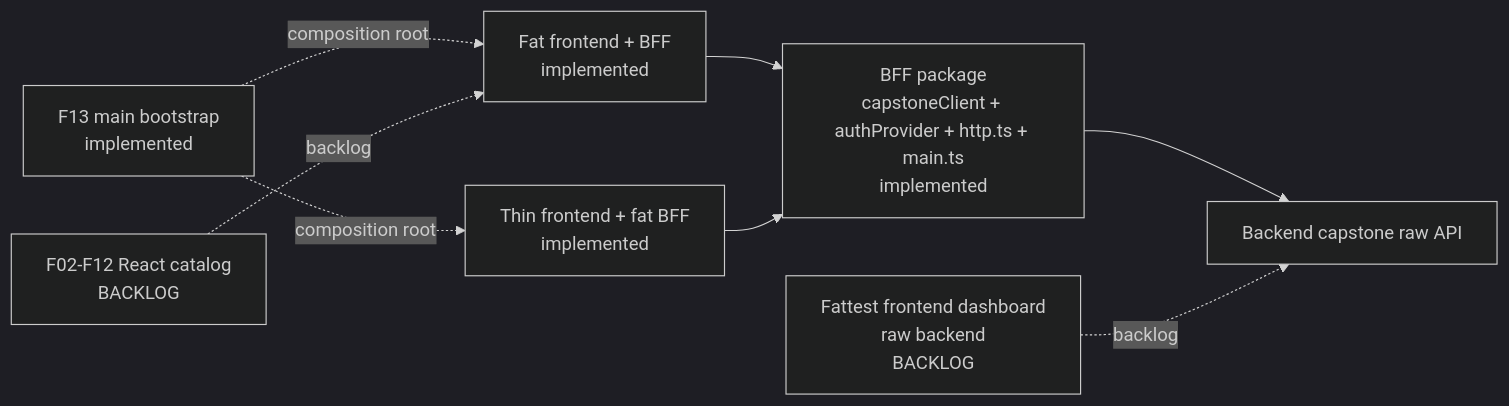
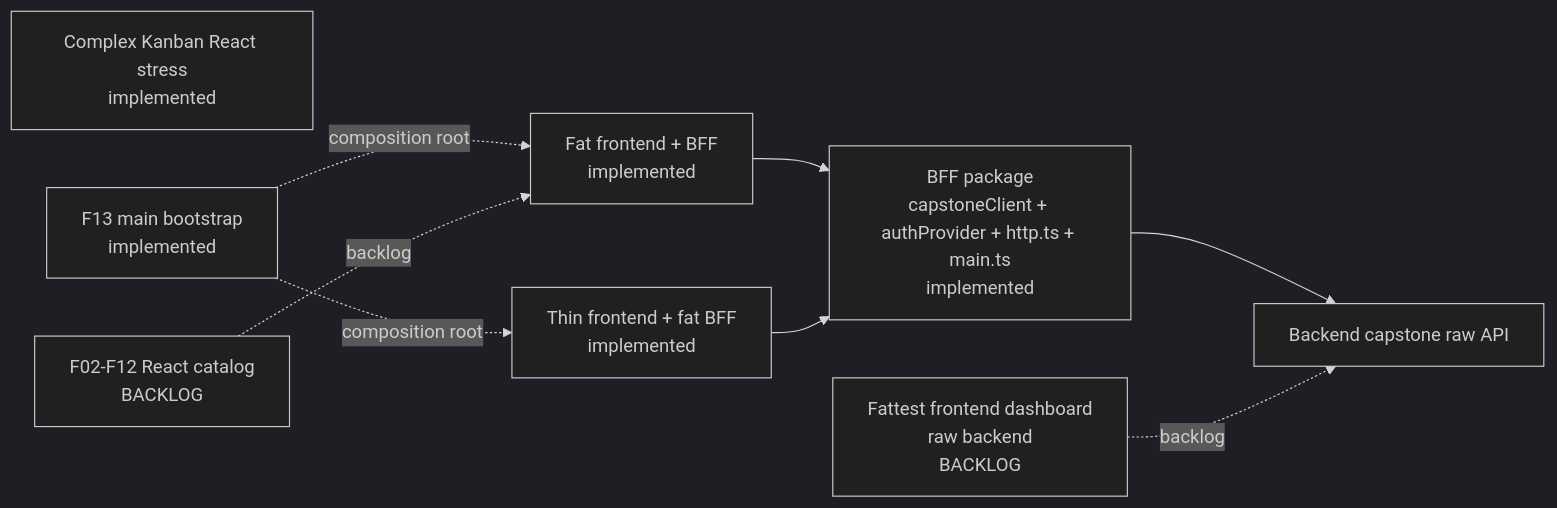
The diagram in examples/lite-golden-react/capstone/README.md (pumped-fn/pumped-fn), drawn with Mermaid (dark theme) before and after one commit. The commit also changed other lines of this file and 22 other files, not shown here.

````diff
--- a/examples/lite-golden-react/capstone/README.md
+++ b/examples/lite-golden-react/capstone/README.md
@@ -5,17 +5,18 @@
 ```mermaid
 flowchart LR
   Backend[Backend capstone raw API]
   BFF[BFF package\ncapstoneClient + authProvider + http.ts + main.ts\nimplemented]
   Fat[Fat frontend + BFF\nimplemented]
   Thin[Thin frontend + fat BFF\nimplemented]
+  Kanban[Complex Kanban React stress\nimplemented]
   Raw[Fattest frontend dashboard\nraw backend\nBACKLOG]
   F13[F13 main bootstrap\nimplemented]
   Catalog[F02-F12 React catalog\nBACKLOG]
 
   Fat --> BFF --> Backend
   Thin --> BFF
   Raw -. backlog .-> Backend
   F13 -. composition root .-> Fat
   F13 -. composition root .-> Thin
   Catalog -. backlog .-> Fat
 ```
````
